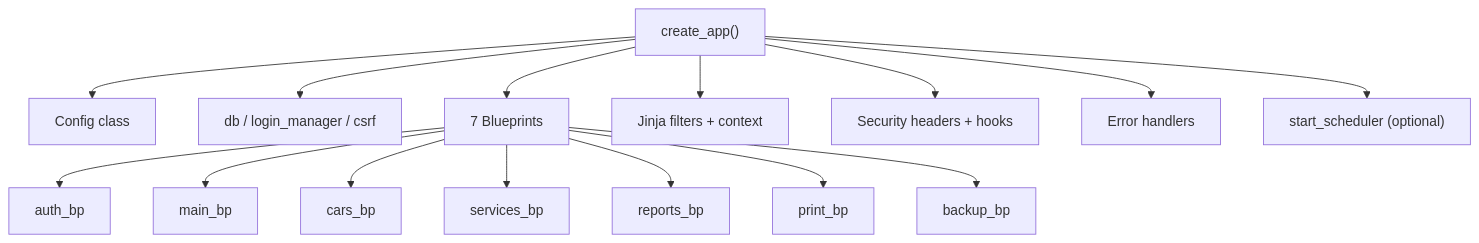
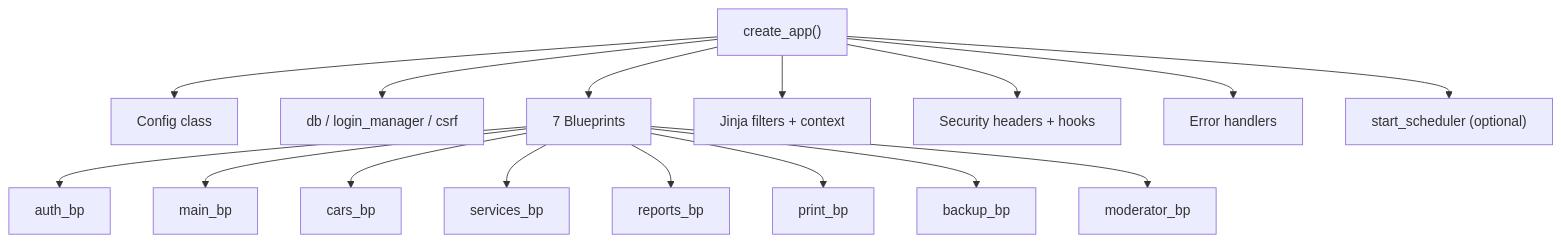
Before and after one commit to grga023/GaragePro: the diagram in .vio/wiki/bundle/modules/app.md, drawn with Mermaid. The commit also changed other lines of this file and 50 other files, not shown here.

````diff
--- a/.vio/wiki/bundle/modules/app.md
+++ b/.vio/wiki/bundle/modules/app.md
@@ -61,17 +61,18 @@
 ```mermaid
 flowchart TD
     create_app["create_app()"] --> Config["Config class"]
     create_app --> Extensions["db / login_manager / csrf"]
     create_app --> BP["7 Blueprints"]
     create_app --> Jinja["Jinja filters + context"]
     create_app --> Security["Security headers + hooks"]
     create_app --> Errors["Error handlers"]
     create_app --> Sched["start_scheduler (optional)"]
     BP --> auth_bp
     BP --> main_bp
     BP --> cars_bp
     BP --> services_bp
     BP --> reports_bp
     BP --> print_bp
     BP --> backup_bp
+    BP --> moderator_bp
 ```
````
